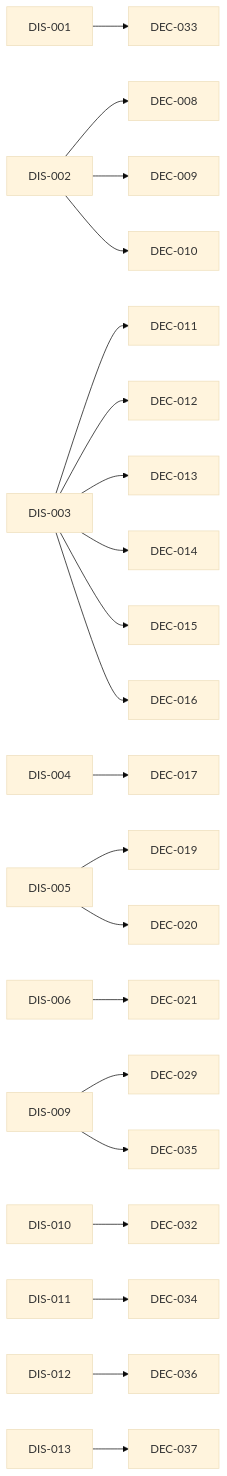
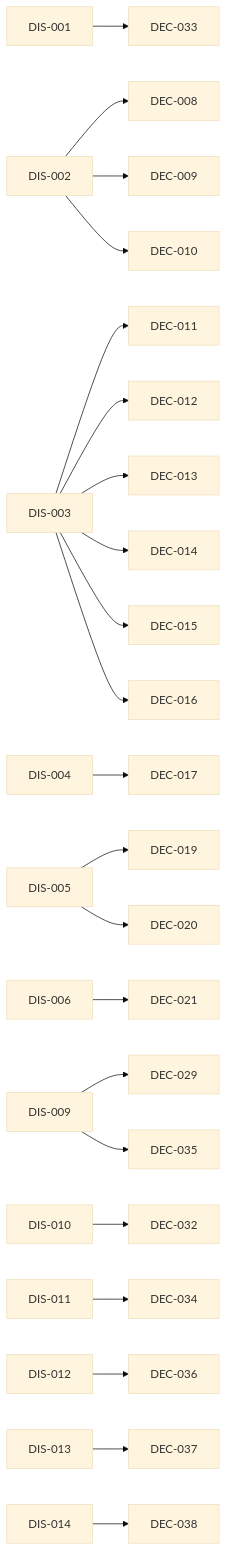
The diagram in INDEX.md (amartis/sonoai_research_notes), drawn with Mermaid (base theme) before and after one commit. The commit also changed other lines of this file and 2 other files, not shown here.

Commit message:
DIS-014, DEC-038: derived ready label on the board, synced by three hooks

````diff
--- a/INDEX.md
+++ b/INDEX.md
@@ -69,23 +71,24 @@
 ```mermaid
 flowchart LR
   DIS_001[DIS-001] --> DEC_033[DEC-033]
   DIS_002[DIS-002] --> DEC_008[DEC-008]
   DIS_002[DIS-002] --> DEC_009[DEC-009]
   DIS_002[DIS-002] --> DEC_010[DEC-010]
   DIS_003[DIS-003] --> DEC_011[DEC-011]
   DIS_003[DIS-003] --> DEC_012[DEC-012]
   DIS_003[DIS-003] --> DEC_013[DEC-013]
   DIS_003[DIS-003] --> DEC_014[DEC-014]
   DIS_003[DIS-003] --> DEC_015[DEC-015]
   DIS_003[DIS-003] --> DEC_016[DEC-016]
   DIS_004[DIS-004] --> DEC_017[DEC-017]
   DIS_005[DIS-005] --> DEC_019[DEC-019]
   DIS_005[DIS-005] --> DEC_020[DEC-020]
   DIS_006[DIS-006] --> DEC_021[DEC-021]
   DIS_009[DIS-009] --> DEC_029[DEC-029]
   DIS_009[DIS-009] --> DEC_035[DEC-035]
   DIS_010[DIS-010] --> DEC_032[DEC-032]
   DIS_011[DIS-011] --> DEC_034[DEC-034]
   DIS_012[DIS-012] --> DEC_036[DEC-036]
   DIS_013[DIS-013] --> DEC_037[DEC-037]
+  DIS_014[DIS-014] --> DEC_038[DEC-038]
 ```
````
